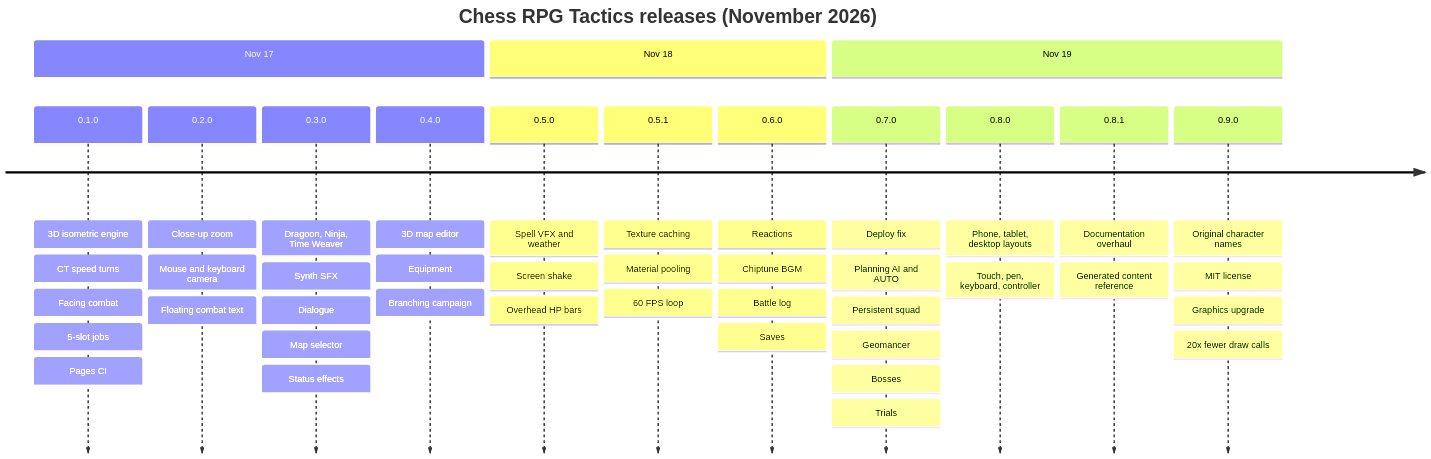
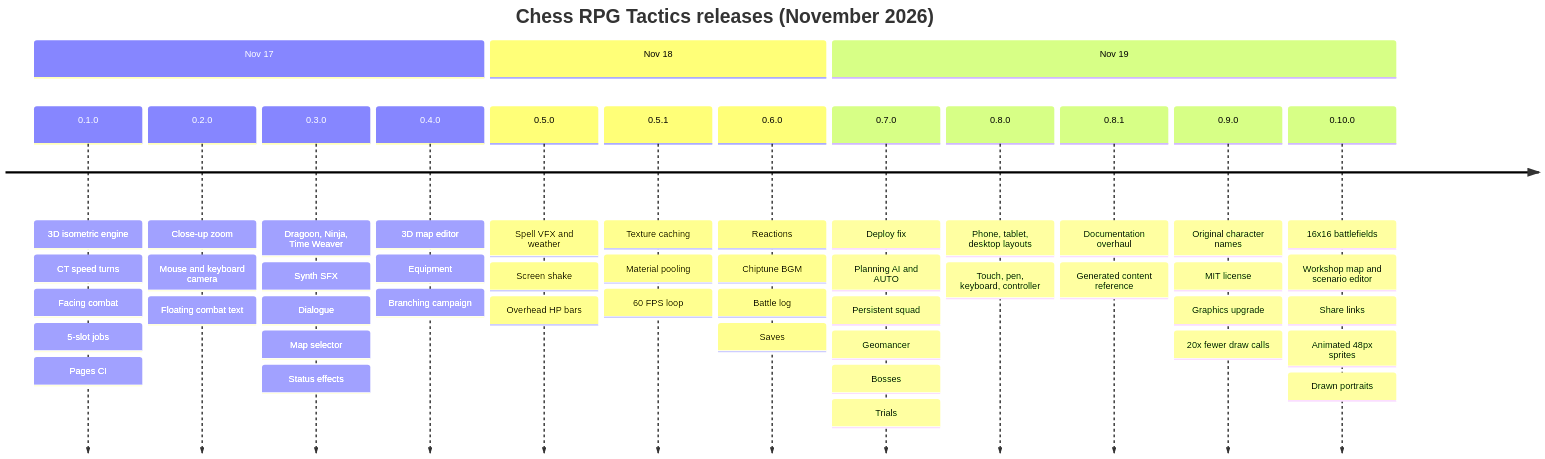
One commit to CptNope/Chess-RPG-Tactics changed the first of 4 diagrams in docs/ROADMAP.md. Above: the diagram before and after it, drawn with Mermaid. The commit also changed other lines of this file and 28 other files, not shown here.

````diff
--- a/docs/ROADMAP.md
+++ b/docs/ROADMAP.md
@@ -11,18 +11,19 @@
 ```mermaid
 timeline
     title Chess RPG Tactics releases (November 2026)
     section Nov 17
         0.1.0 : 3D isometric engine : CT speed turns : Facing combat : 5-slot jobs : Pages CI
         0.2.0 : Close-up zoom : Mouse and keyboard camera : Floating combat text
         0.3.0 : Dragoon, Ninja, Time Weaver : Synth SFX : Dialogue : Map selector : Status effects
         0.4.0 : 3D map editor : Equipment : Branching campaign
     section Nov 18
         0.5.0 : Spell VFX and weather : Screen shake : Overhead HP bars
         0.5.1 : Texture caching : Material pooling : 60 FPS loop
         0.6.0 : Reactions : Chiptune BGM : Battle log : Saves
     section Nov 19
         0.7.0 : Deploy fix : Planning AI and AUTO : Persistent squad : Geomancer : Bosses : Trials
         0.8.0 : Phone, tablet, desktop layouts : Touch, pen, keyboard, controller
         0.8.1 : Documentation overhaul : Generated content reference
         0.9.0 : Original character names : MIT license : Graphics upgrade : 20x fewer draw calls
+        0.10.0 : 16x16 battlefields : Workshop map and scenario editor : Share links : Animated 48px sprites : Drawn portraits
 ```
````
